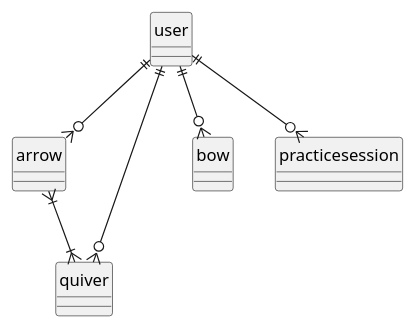
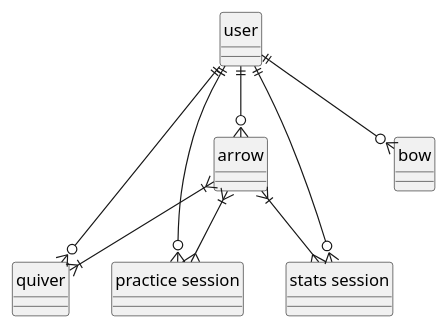
The diagram in docs/diagrams/mpd.puml (remace/OC-P13_Archery_Buddy), drawn with PlantUML before and after one commit.

Commit message:
mpd update

```diff
--- a/docs/diagrams/mpd.puml
+++ b/docs/diagrams/mpd.puml
@@ -1,32 +1,38 @@
 @startuml
 
 hide circle
 
 entity "user" as User{
-
+    
 }
 
 entity "arrow" as Arrow {
 
 }
 
 entity "quiver" as Quiver{
 
 }
 
 entity "bow" as Bow{
 
 }
 
-entity "practicesession" as PracticeSession{
+entity "practice session" as PracticeSession{
+
+}
+
+entity "stats session" as StatsSession{
 
 }
 
 User ||--o{ Arrow
 User ||--o{ Bow
 User ||--o{ PracticeSession
+User ||--o{ StatsSession
 User ||--o{ Quiver
 
 Arrow }|--|{Quiver
-
+Arrow }|--{ PracticeSession
+Arrow }|--{ StatsSession
 @enduml
```
